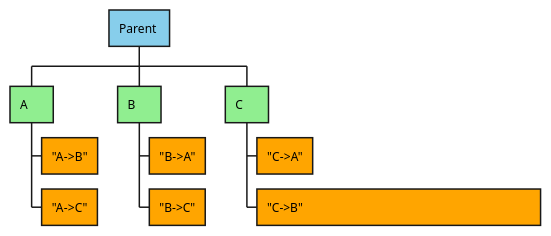
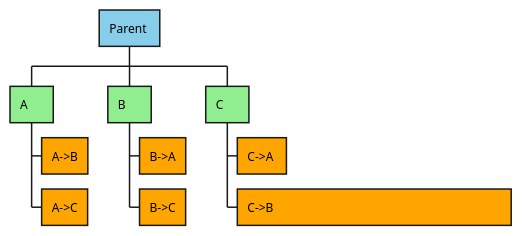
The diagram in sample_1.iuml (JulesKouatchou/sample_flowcharts), drawn with PlantUML before and after one commit.

```diff
--- a/sample_1.iuml
+++ b/sample_1.iuml
@@ -1,12 +1,12 @@
 @startwbs
 +[#SkyBlue] Parent 
 ++[#lightgreen] A     
-+++[#Orange] "A->B"
-+++[#Orange] "A->C"
++++[#Orange] A->B
++++[#Orange] A->C
 ++[#lightgreen] B     
-+++[#Orange] "B->A"
-+++[#Orange] "B->C"
++++[#Orange] B->A
++++[#Orange] B->C
 ++[#lightgreen] C     
-+++[#Orange] "C->A"
-+++[#Orange] "C->B"                                                                         
++++[#Orange] C->A 
++++[#Orange]  C->B                                                                         
 @endwbs
```
